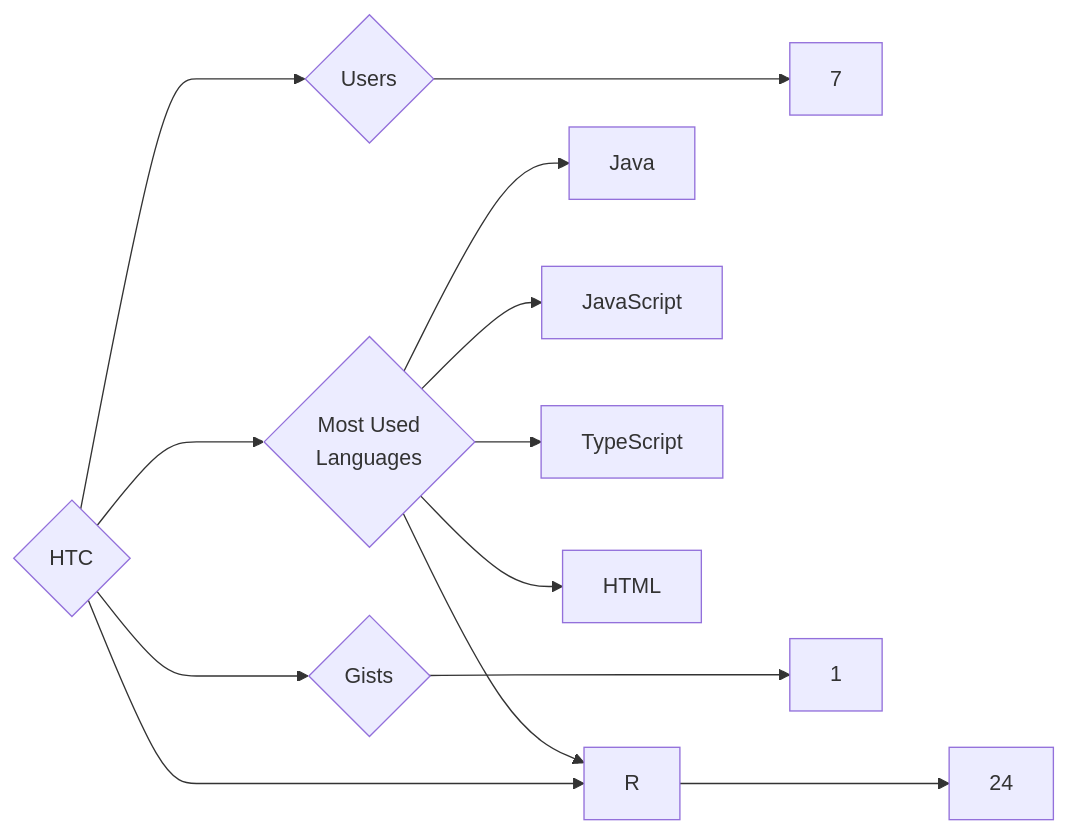
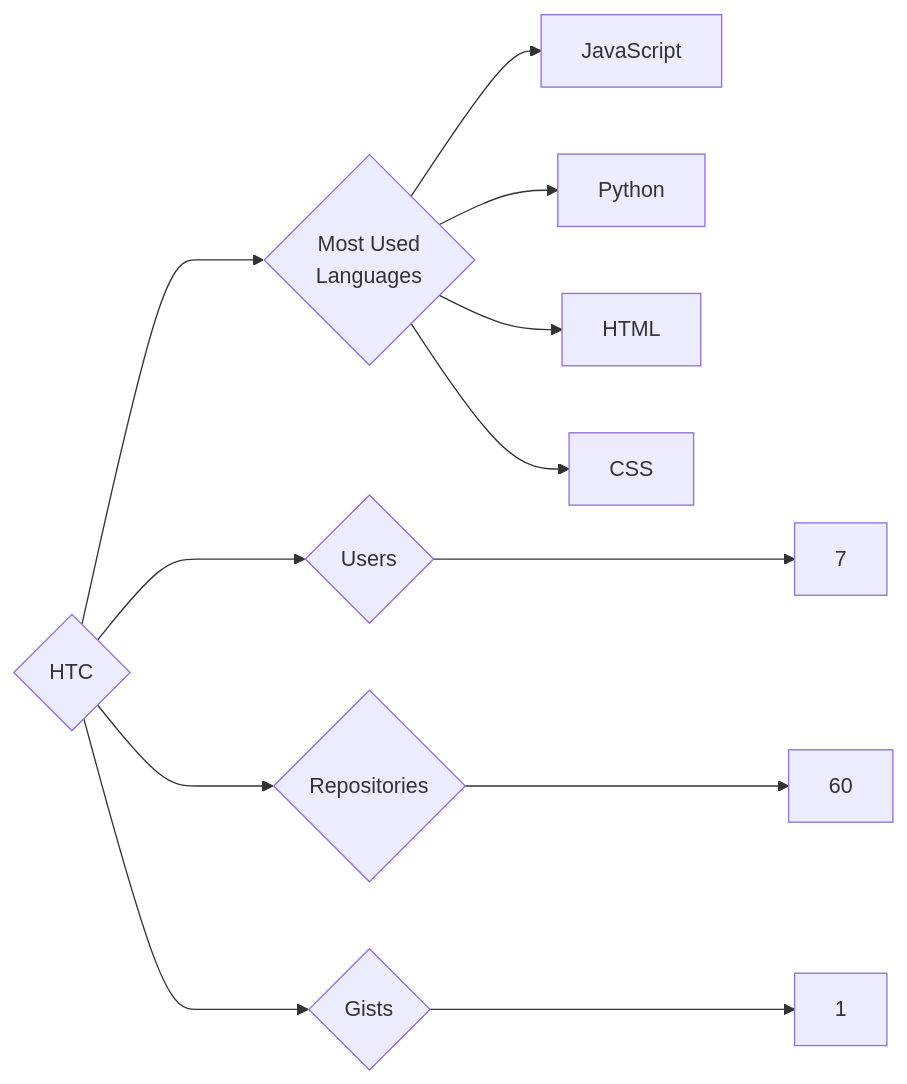
One commit to trickest/insiders changed the diagram in targets/HTC/README.md. Above: the diagram before and after it, drawn with Mermaid. The commit also changed 985 other files, not shown here.

````diff
--- a/targets/HTC/README.md
+++ b/targets/HTC/README.md
@@ -3,13 +3,12 @@
 ```mermaid
 graph LR
 COMPANY_NAME{HTC}
 COMPANY_NAME ---> U{Users} ---> UN[7]
-COMPANY_NAME ---> R{Repositories} ---> RN[24]
+COMPANY_NAME ---> R{Repositories} ---> RN[60]
 COMPANY_NAME ---> G{Gists} ---> GN[1]
 COMPANY_NAME ---> ML{Most Used<br>Languages}
-ML --> Java[Java]
 ML --> JavaScript[JavaScript]
-ML --> TypeScript[TypeScript]
-ML --> R[R]
+ML --> Python[Python]
 ML --> HTML[HTML]
+ML --> CSS[CSS]
 ```
````
